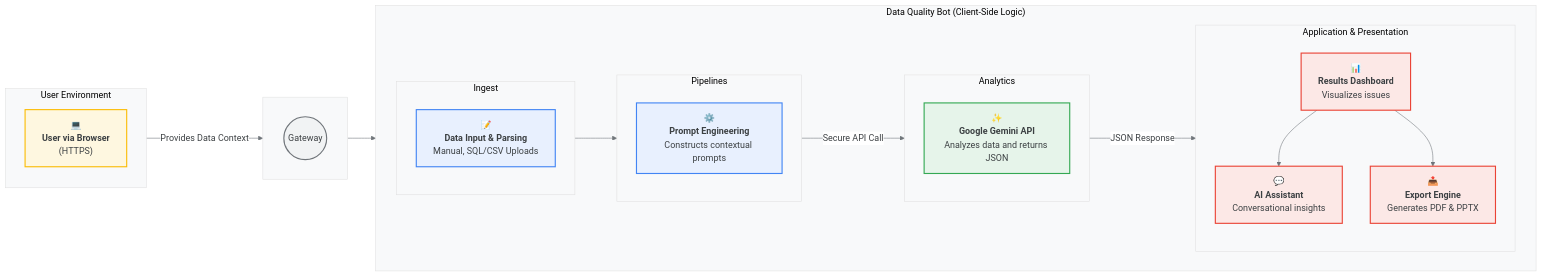
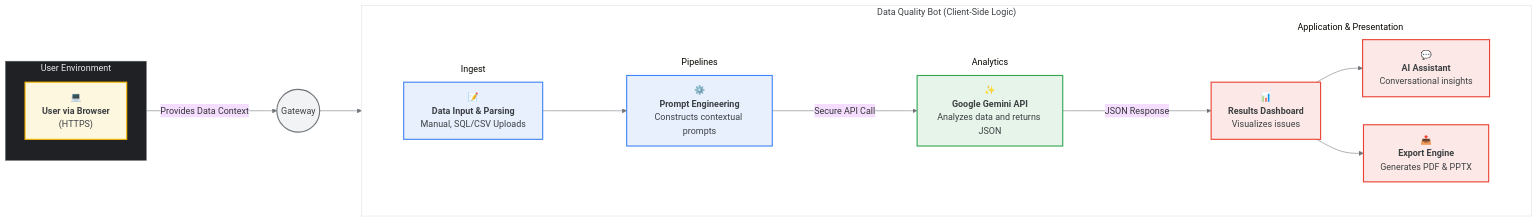
One commit to chtsalvishal/DQ_Gen_AI_Bot changed the first of 2 diagrams in README.md. Above: the diagram before and after it, drawn with Mermaid. The commit also changed other lines of this file, not shown here.

Commit message:
docs: Update README with improved architecture diagram styling
Refine the Mermaid diagram in the README to better reflect the application's architecture. This includes updating styling for improved visual clarity and consistency.

````diff
--- a/README.md
+++ b/README.md
@@ -24,71 +24,65 @@
 ```mermaid
 %%{
   init: {
     "theme": "base",
     "themeVariables": {
       "fontFamily": "\"Roboto\", sans-serif",
-      "primaryColor": "#FFFFFF",
-      "primaryTextColor": "#3C4043",
-      "primaryBorderColor": "#4285F4",
       "lineColor": "#70757A",
       "textColor": "#3C4043",
-      "mainBkg": "#F8F9FA",
-      "clusterBkg": "#F8F9FA",
-      "clusterBorder": "#E0E0E0"
+      "mainBkg": "#F8F9FA"
     }
   }
 }%%
 graph LR
-    %% Main containers for visual grouping
     subgraph user_env ["User Environment"]
         direction TB
         A["💻<br><b>User via Browser</b><br>(HTTPS)"]:::userNode
     end
 
     subgraph gateway_sub [" "]
-      direction LR
       B((Gateway)):::gatewayNode
     end
     
     A -- "Provides Data Context" --> B
 
     subgraph "bot_logic" ["Data Quality Bot (Client-Side Logic)"]
         direction LR
-
         subgraph ingest_sub [Ingest]
-            direction TB
             C["📝<br><b>Data Input & Parsing</b><br>Manual, SQL/CSV Uploads"]:::processNode
         end
-
         subgraph pipelines_sub [Pipelines]
-            direction TB
             D["⚙️<br><b>Prompt Engineering</b><br>Constructs contextual prompts"]:::processNode
         end
-
         subgraph analytics_sub [Analytics]
-            direction TB
             E["✨<br><b>Google Gemini API</b><br>Analyzes data and returns JSON"]:::apiNode
         end
-
         subgraph app_sub ["Application & Presentation"]
-            direction TB
             F["📊<br><b>Results Dashboard</b><br>Visualizes issues"]:::outputNode
             G["💬<br><b>AI Assistant</b><br>Conversational insights"]:::outputNode
             H["📤<br><b>Export Engine</b><br>Generates PDF & PPTX"]:::outputNode
         end
     end
 
     B --> C
     C --> D
     D -- "Secure API Call" --> E
     E -- "JSON Response" --> F
     F --> G
     F --> H
     
-    %% Style Definitions for a professional, GCP-like feel
+    %% Style Subgraphs to create the split background effect
+    style user_env fill:#202124,stroke:#5F6368,color:#E8EAED
+    style gateway_sub fill:transparent,stroke:transparent
+    style bot_logic fill:#FFFFFF,stroke:#E0E0E0,color:#3C4043
+    style ingest_sub fill:#FFFFFF,stroke:transparent
+    style pipelines_sub fill:#FFFFFF,stroke:transparent
+    style analytics_sub fill:#FFFFFF,stroke:transparent
+    style app_sub fill:#FFFFFF,stroke:transparent
+
+    %% Style Nodes for a professional, GCP-like feel
     classDef userNode fill:#FEF7E0,stroke:#FBBC05,stroke-width:2px,color:#3C4043
     classDef gatewayNode fill:#F1F3F4,stroke:#70757A,stroke-width:2px,color:#3C4043
     classDef processNode fill:#E8F0FE,stroke:#4285F4,stroke-width:2px,color:#3C4043
     classDef apiNode fill:#E6F4EA,stroke:#34A853,stroke-width:2px,color:#3C4043
     classDef outputNode fill:#FCE8E6,stroke:#EA4335,stroke-width:2px,color:#3C4043
 ```
````
